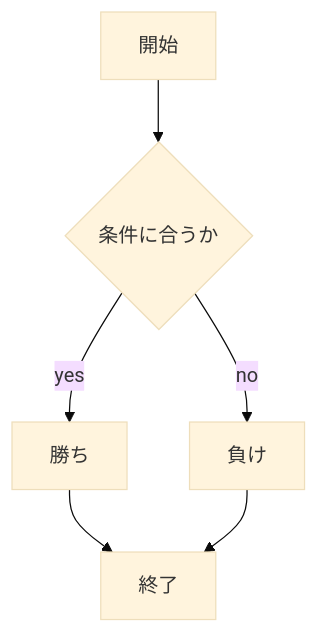
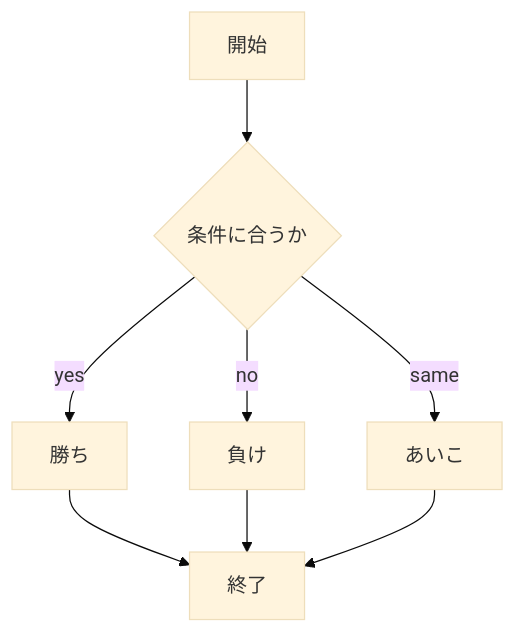
The diagram in README.md (KJibiki/webpro_06), drawn with Mermaid (base theme) before and after one commit.

Commit message:
ドキュメント作成

````diff
--- a/README.md
+++ b/README.md
@@ -16,14 +16,17 @@
 ```mermaid
 flowchart TD;
 start["開始"];
 end1["終了"]
 if{"条件に合うか"}
 win["勝ち"]
 lose["負け"]
+draw["あいこ"]
 
 start-->if
 if-->|yes|win
 win-->end1
 if-->|no|lose
 lose-->end1
+if-->|same|draw
+draw-->end1
 ```
````
